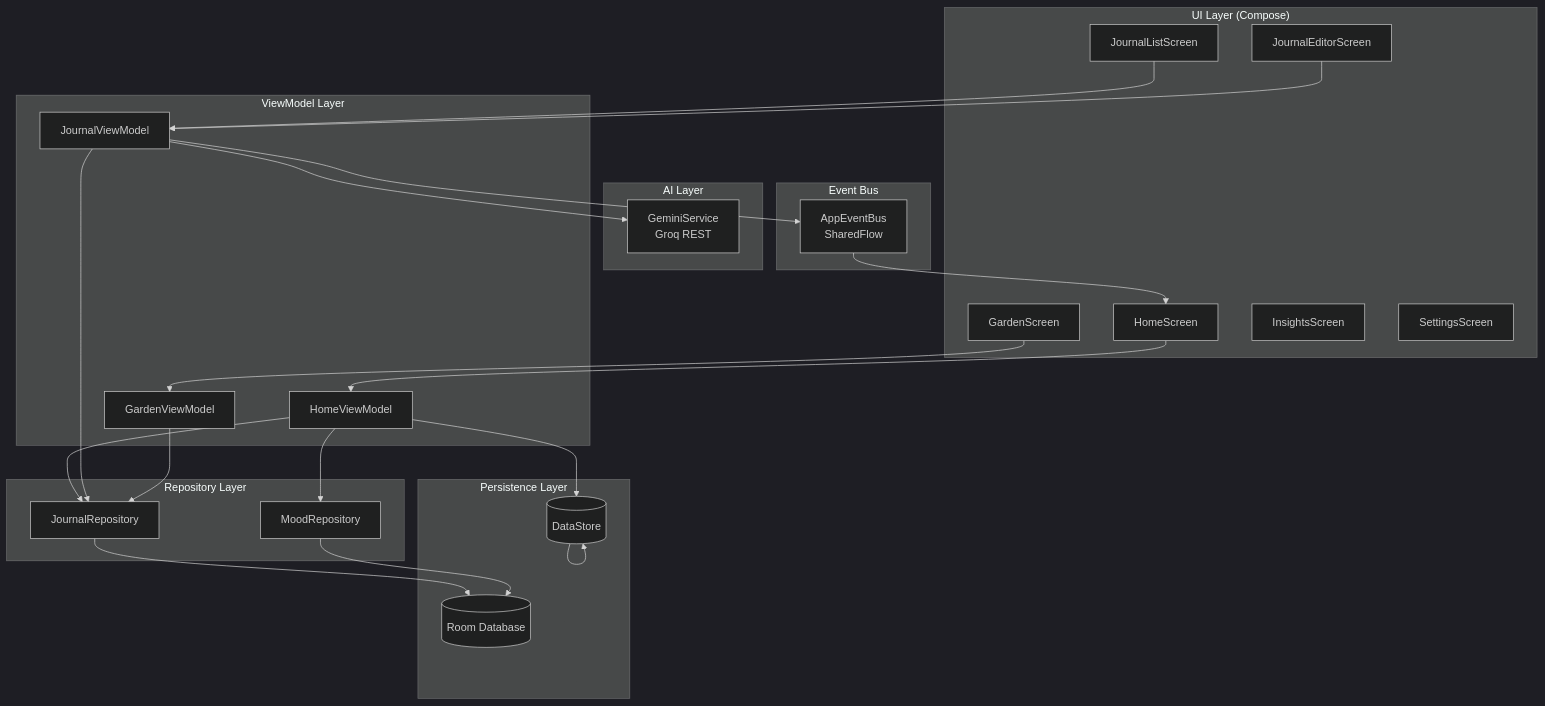
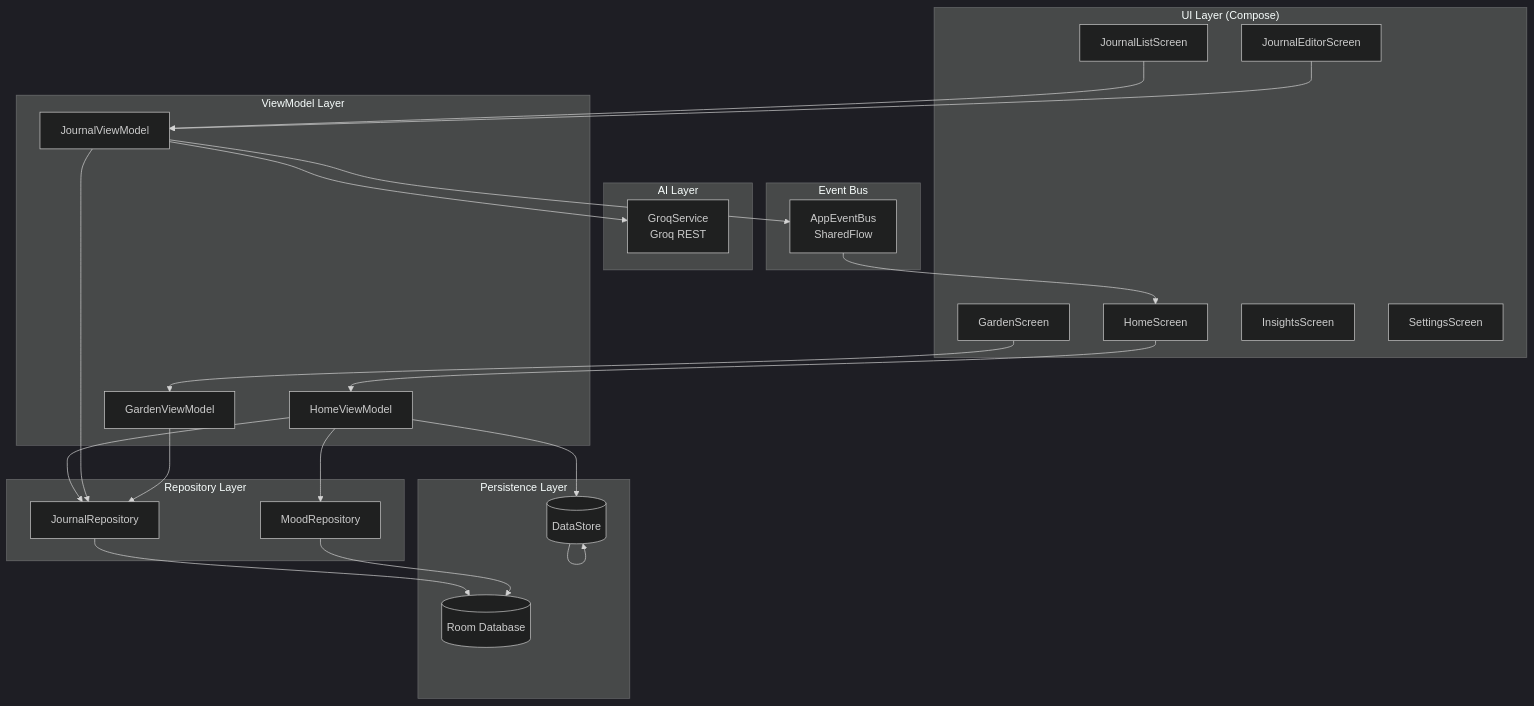
The first of 8 diagrams in docs/data-flow.md (om0604/Bloom), drawn with Mermaid (dark theme) before and after one commit. The commit also changed other lines of this file and 14 other files, not shown here.

````diff
--- a/docs/data-flow.md
+++ b/docs/data-flow.md
@@ -9,54 +9,54 @@
 ```mermaid
 graph TD
     subgraph UI["UI Layer (Compose)"]
         HS[HomeScreen]
         JLS[JournalListScreen]
         JES[JournalEditorScreen]
         GS[GardenScreen]
         IS[InsightsScreen]
         SS[SettingsScreen]
     end
 
     subgraph VM["ViewModel Layer"]
         HVM[HomeViewModel]
         JVM[JournalViewModel]
         GVM[GardenViewModel]
     end
 
     subgraph REPO["Repository Layer"]
         JR[JournalRepository]
         MR[MoodRepository]
     end
 
     subgraph PERSIST["Persistence Layer"]
         ROOM[(Room Database)]
         DS[(DataStore)]
     end
 
     subgraph AI["AI Layer"]
-        GROQ[GeminiService\nGroq REST]
+        GROQ[GroqService\nGroq REST]
     end
 
     subgraph BUS["Event Bus"]
         AEB[AppEventBus\nSharedFlow]
     end
 
     HS --> HVM
     JLS --> JVM
     JES --> JVM
     GS --> GVM
 
     HVM --> JR
     HVM --> MR
     HVM --> DS
     JVM --> JR
     JVM --> GROQ
     JVM --> AEB
     GVM --> JR
 
     JR --> ROOM
     MR --> ROOM
     DS --> DS
 
     AEB --> HS
 ```
````
